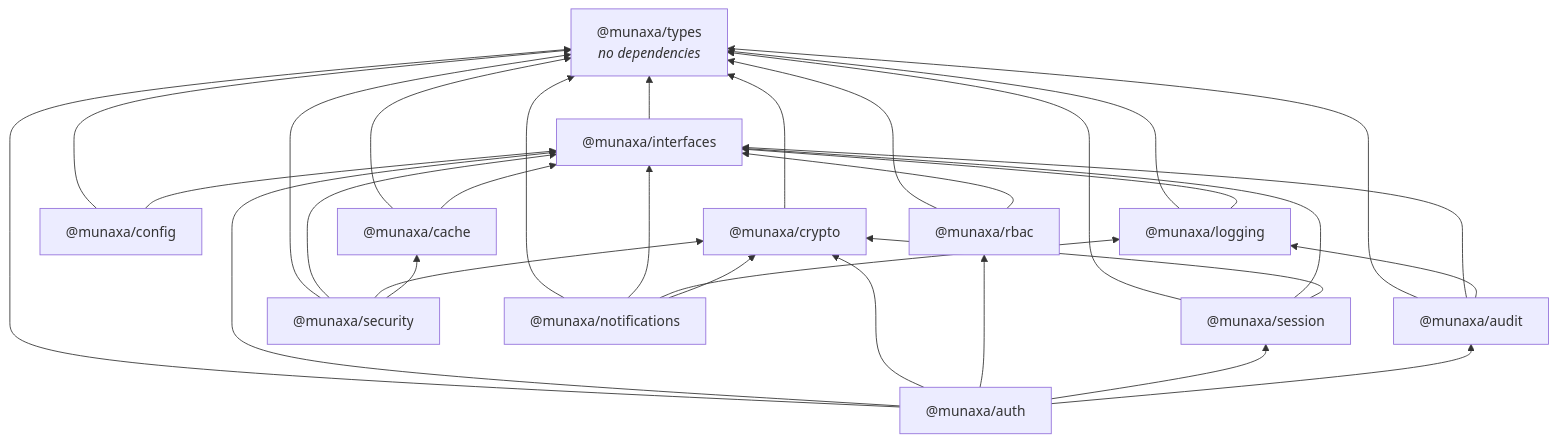
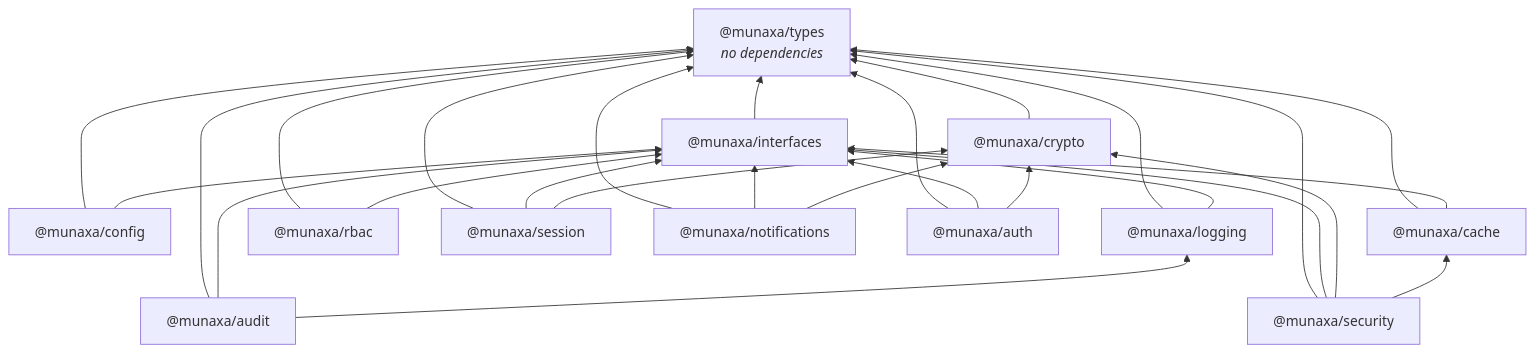
One commit to munaxa/munaxa-platform changed the first of 2 diagrams in docs/security-platform/package-dependencies.md. Above: the diagram before and after it, drawn with Mermaid. The commit also changed other lines of this file and 8 other files, not shown here.

````diff
--- a/docs/security-platform/package-dependencies.md
+++ b/docs/security-platform/package-dependencies.md
@@ -5,46 +5,42 @@
 ```mermaid
 graph BT
   types["@munaxa/types<br/><i>no dependencies</i>"]
   interfaces["@munaxa/interfaces"]
   crypto["@munaxa/crypto"]
   config["@munaxa/config"]
   cache["@munaxa/cache"]
   logging["@munaxa/logging"]
   audit["@munaxa/audit"]
   rbac["@munaxa/rbac"]
   session["@munaxa/session"]
   security["@munaxa/security"]
   notifications["@munaxa/notifications"]
   auth["@munaxa/auth"]
 
   interfaces --> types
   crypto --> types
   config --> types
   config --> interfaces
   cache --> types
   cache --> interfaces
   logging --> types
   logging --> interfaces
   audit --> types
   audit --> interfaces
   audit --> logging
   rbac --> types
   rbac --> interfaces
   session --> types
   session --> interfaces
   session --> crypto
   security --> types
   security --> interfaces
   security --> crypto
   security --> cache
   notifications --> types
   notifications --> interfaces
-  notifications --> logging
   notifications --> crypto
   auth --> types
   auth --> interfaces
   auth --> crypto
-  auth --> rbac
-  auth --> session
-  auth --> audit
 ```
````
